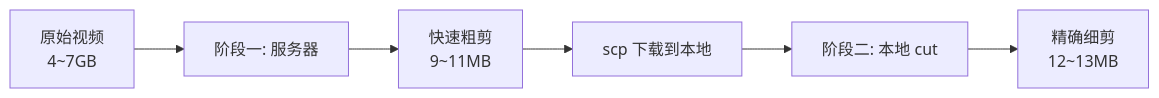
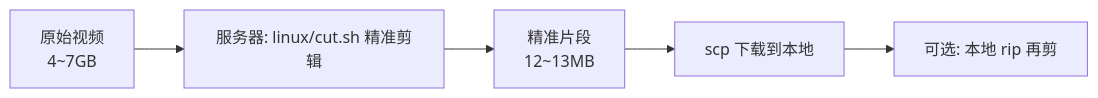
One commit to ZeroMarker/PowerShell changed the diagram in docs/ffmpeg-cut.md. Above: the diagram before and after it, drawn with Mermaid. The commit also changed other lines of this file and 14 other files, not shown here.

````diff
--- a/docs/ffmpeg-cut.md
+++ b/docs/ffmpeg-cut.md
@@ -106,8 +70,7 @@
 ```mermaid
 graph LR
-    A[原始视频<br>4~7GB] --> B[阶段一: 服务器]
-    B --> C[快速粗剪<br>9~11MB]
+    A[原始视频<br>4~7GB] --> B[服务器: linux/cut.sh 精准剪辑]
+    B --> C[精准片段<br>12~13MB]
     C --> D[scp 下载到本地]
-    D --> E[阶段二: 本地 cut]
-    E --> F[精确细剪<br>12~13MB]
+    D --> E[可选: 本地 rip 再剪]
 ```
````
